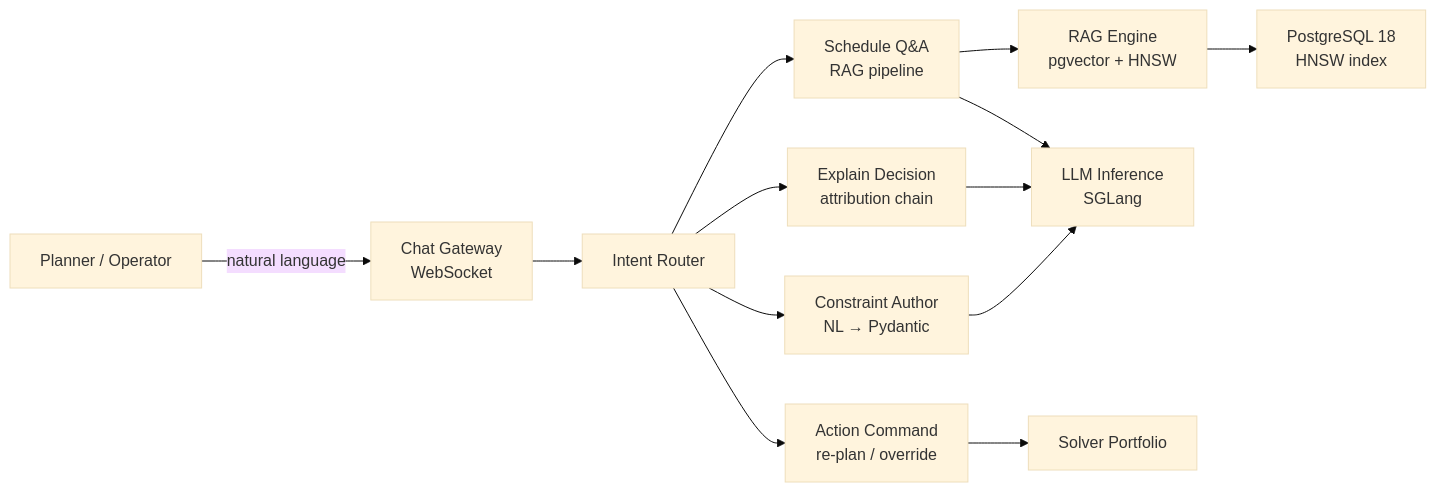
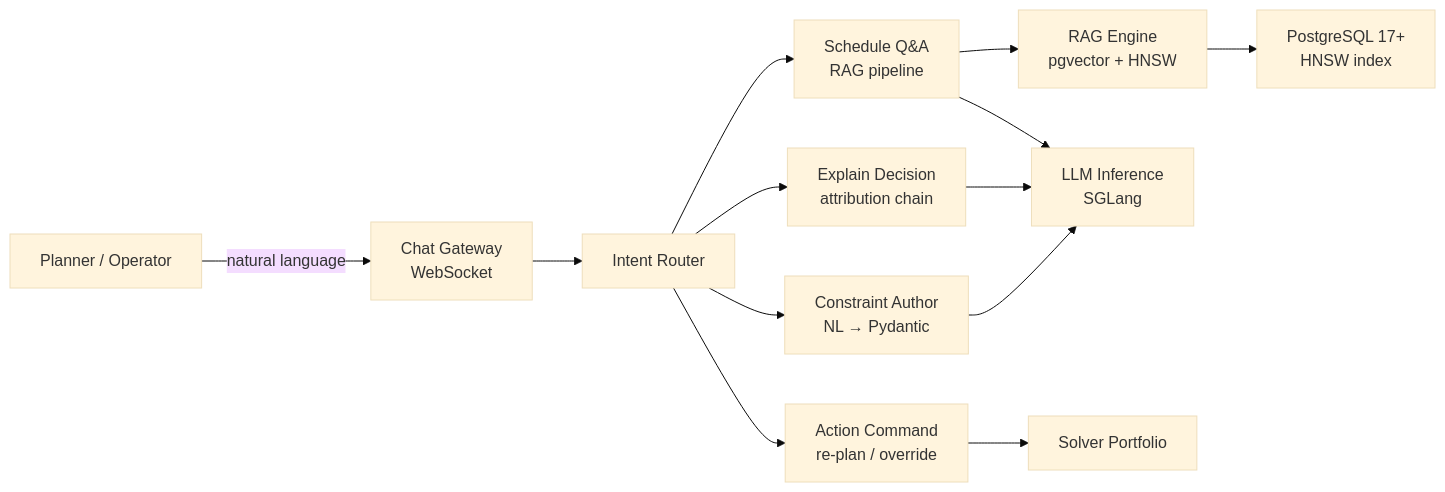
The diagram in docs/evolution/V2_LLM_COPILOT.md (KonkovDV/SynAPS), drawn with Mermaid (base theme) before and after one commit. The commit also changed other lines of this file and 174 other files, not shown here.

````diff
--- a/docs/evolution/V2_LLM_COPILOT.md
+++ b/docs/evolution/V2_LLM_COPILOT.md
@@ -14,16 +14,16 @@
 ```mermaid
 graph LR
     USER[Planner / Operator] -->|natural language| CHAT[Chat Gateway<br/>WebSocket]
     CHAT --> ROUTER[Intent Router]
     ROUTER --> QA[Schedule Q&A<br/>RAG pipeline]
     ROUTER --> XAI[Explain Decision<br/>attribution chain]
     ROUTER --> AUTHOR[Constraint Author<br/>NL → Pydantic]
     ROUTER --> CMD[Action Command<br/>re-plan / override]
 
     QA --> RAG[RAG Engine<br/>pgvector + HNSW]
     QA --> LLM[LLM Inference<br/>SGLang]
     XAI --> LLM
     AUTHOR --> LLM
     CMD --> SOLVER[Solver Portfolio]
-    RAG --> PG[PostgreSQL 18<br/>HNSW index]
+    RAG --> PG[PostgreSQL 17+<br/>HNSW index]
 ```
````
